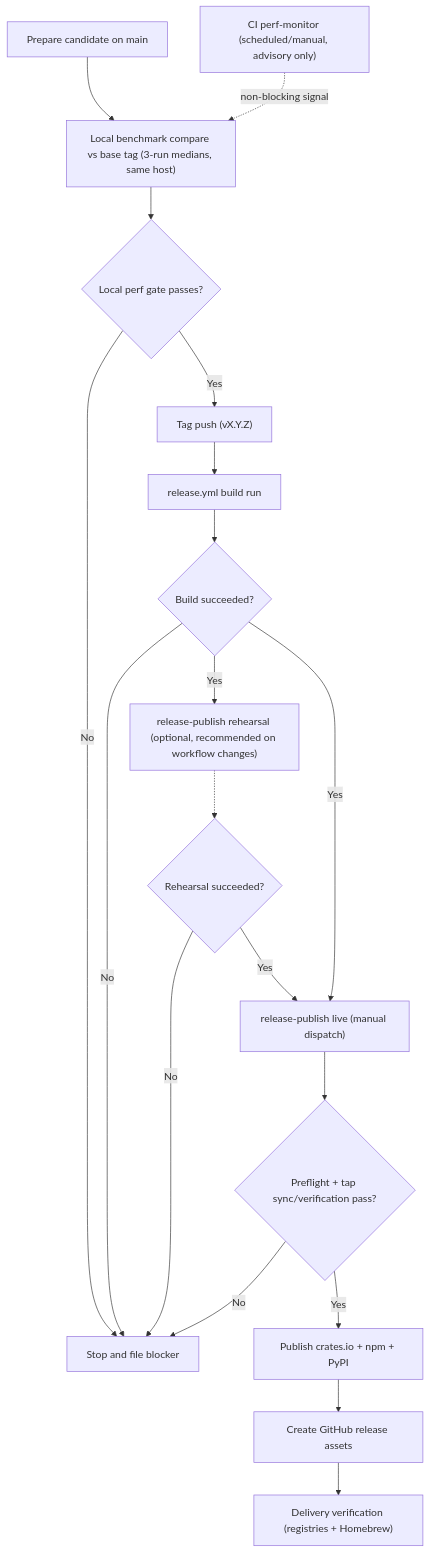
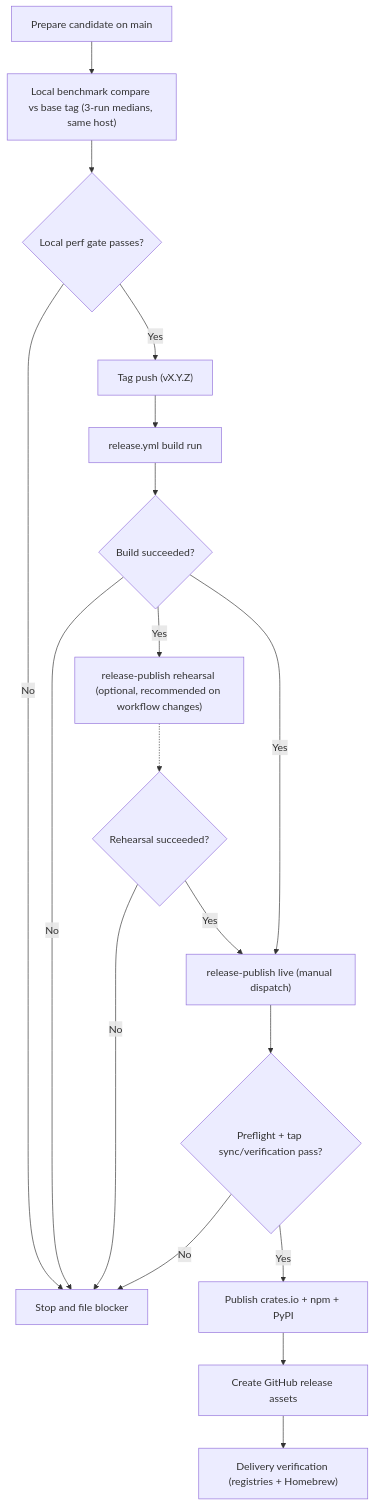
The diagram in docs/record/releasing.md (sandover/plasmite), drawn with Mermaid before and after one commit. The commit also changed other lines of this file and 11 other files, not shown here.

````diff
--- a/docs/record/releasing.md
+++ b/docs/record/releasing.md
@@ -129,21 +125,20 @@
 ```mermaid
 flowchart TD
     A["Prepare candidate on main"] --> A1["Local benchmark compare vs base tag (3-run medians, same host)"]
     A1 --> A2{"Local perf gate passes?"}
     A2 -- "No" --> X["Stop and file blocker"]
     A2 -- "Yes" --> B["Tag push (vX.Y.Z)"]
     B --> C["release.yml build run"]
     C --> D{"Build succeeded?"}
     D -- "No" --> X
     D -- "Yes" --> E["release-publish rehearsal (optional, recommended on workflow changes)"]
     E -.-> F{"Rehearsal succeeded?"}
     F -- "No" --> X
     F -- "Yes" --> G["release-publish live (manual dispatch)"]
     D -- "Yes" --> G
     G --> H{"Preflight + tap sync/verification pass?"}
     H -- "No" --> X
     H -- "Yes" --> I["Publish crates.io + npm + PyPI"]
     I --> J["Create GitHub release assets"]
     J --> K["Delivery verification (registries + Homebrew)"]
-    L["CI perf-monitor (scheduled/manual, advisory only)"] -. "non-blocking signal" .-> A1
 ```
````
